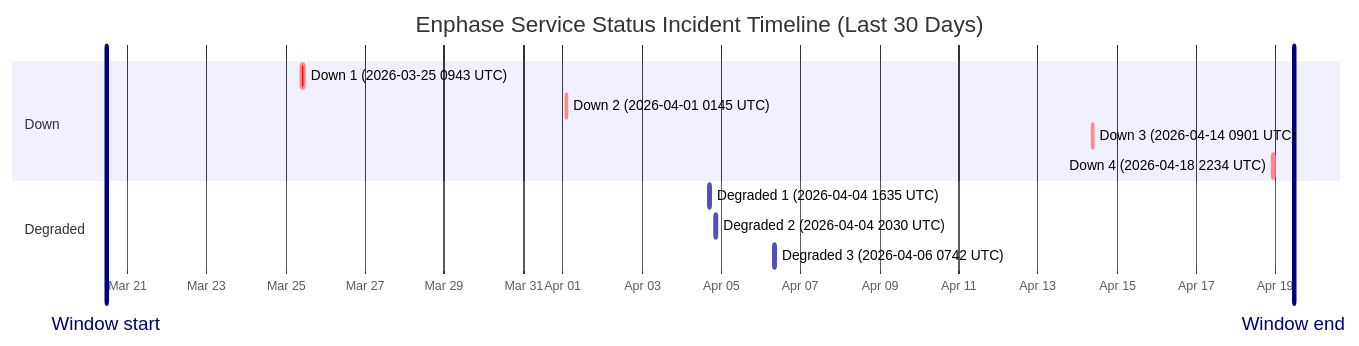
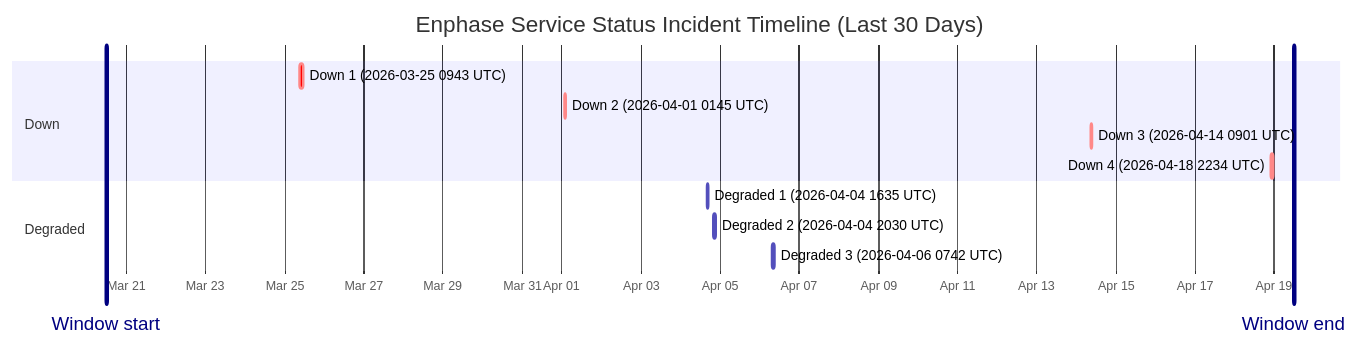
Before and after one commit to barneyonline/ha-enphase-ev-charger: the diagram in wiki/Service-Status-History.md, drawn with Mermaid. The commit also changed other lines of this file and 3 other files, not shown here.

````diff
--- a/wiki/Service-Status-History.md
+++ b/wiki/Service-Status-History.md
@@ -14,17 +14,17 @@
 ```mermaid
 gantt
     title Enphase Service Status Incident Timeline (Last 30 Days)
     dateFormat  YYYY-MM-DDTHH:mm:ss
     axisFormat  %b %d
-    Window start :vert, window-start, 2026-03-20T11:07:08, 0ms
-    Window end :vert, window-end, 2026-04-19T11:07:08, 0ms
+    Window start :vert, window-start, 2026-03-20T11:57:54, 0ms
+    Window end :vert, window-end, 2026-04-19T11:57:54, 0ms
     section Down
     Down 1 (2026-03-25 0943 UTC) :crit, down-1, 2026-03-25T09:43:28, 111m
     Down 2 (2026-04-01 0145 UTC) :crit, down-2, 2026-04-01T01:45:09, 60m
     Down 3 (2026-04-14 0901 UTC) :crit, down-3, 2026-04-14T09:01:13, 60m
     Down 4 (2026-04-18 2234 UTC) :crit, down-4, 2026-04-18T22:34:13, 60m
     section Degraded
     Degraded 1 (2026-04-04 1635 UTC) :active, degraded-1, 2026-04-04T16:35:17, 60m
     Degraded 2 (2026-04-04 2030 UTC) :active, degraded-2, 2026-04-04T20:30:40, 60m
     Degraded 3 (2026-04-06 0742 UTC) :active, degraded-3, 2026-04-06T07:42:09, 85m
 ```
````
